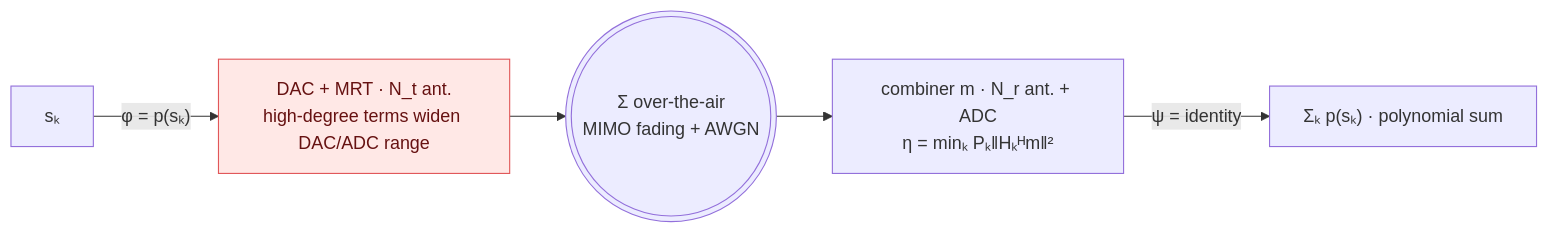
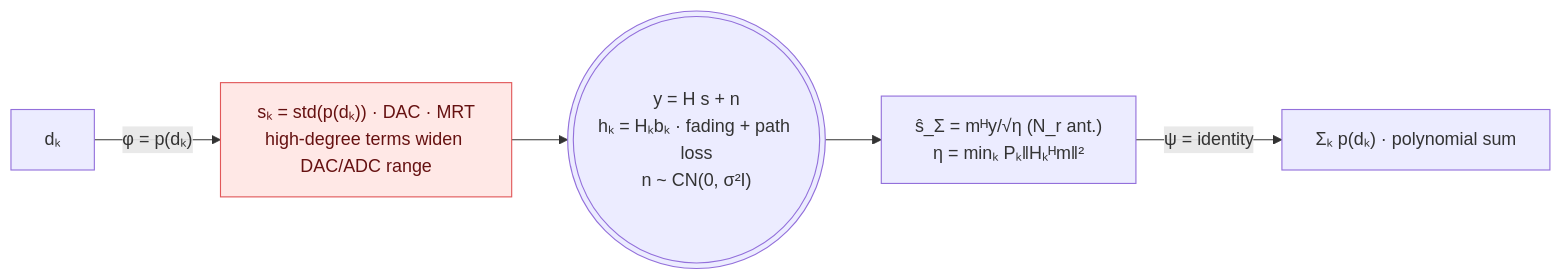
Before and after one commit to wincle626/OverAirCompute: the eighth of 13 diagrams in README.md, drawn with Mermaid. The commit also changed other lines of this file, not shown here.

````diff
--- a/README.md
+++ b/README.md
@@ -322,9 +339,9 @@
 ```mermaid
 flowchart LR
-    s["sₖ"] -->|"φ = p(sₖ)"| tx["DAC + MRT · N_t ant.<br/>high-degree terms widen DAC/ADC range"]
-    tx --> air((("Σ over-the-air<br/>MIMO fading + AWGN")))
-    air --> rx["combiner m · N_r ant. + ADC<br/>η = minₖ Pₖ‖Hₖᴴm‖²"]
-    rx -->|"ψ = identity"| r["Σₖ p(sₖ)  ·  polynomial sum"]
+    d["dₖ"] -->|"φ = p(dₖ)"| tx["sₖ = std(p(dₖ)) · DAC · MRT<br/>high-degree terms widen DAC/ADC range"]
+    tx --> y((("y = H s + n<br/>hₖ = Hₖbₖ · fading + path loss<br/>n ~ CN(0, σ²I)")))
+    y --> rx["ŝ_Σ = mᴴy/√η (N_r ant.)<br/>η = minₖ Pₖ‖Hₖᴴm‖²"]
+    rx -->|"ψ = identity"| r["Σₖ p(dₖ)  ·  polynomial sum"]
     classDef hot fill:#ffe8e6,stroke:#E15759,color:#611;
     class tx hot;
 ```
````
